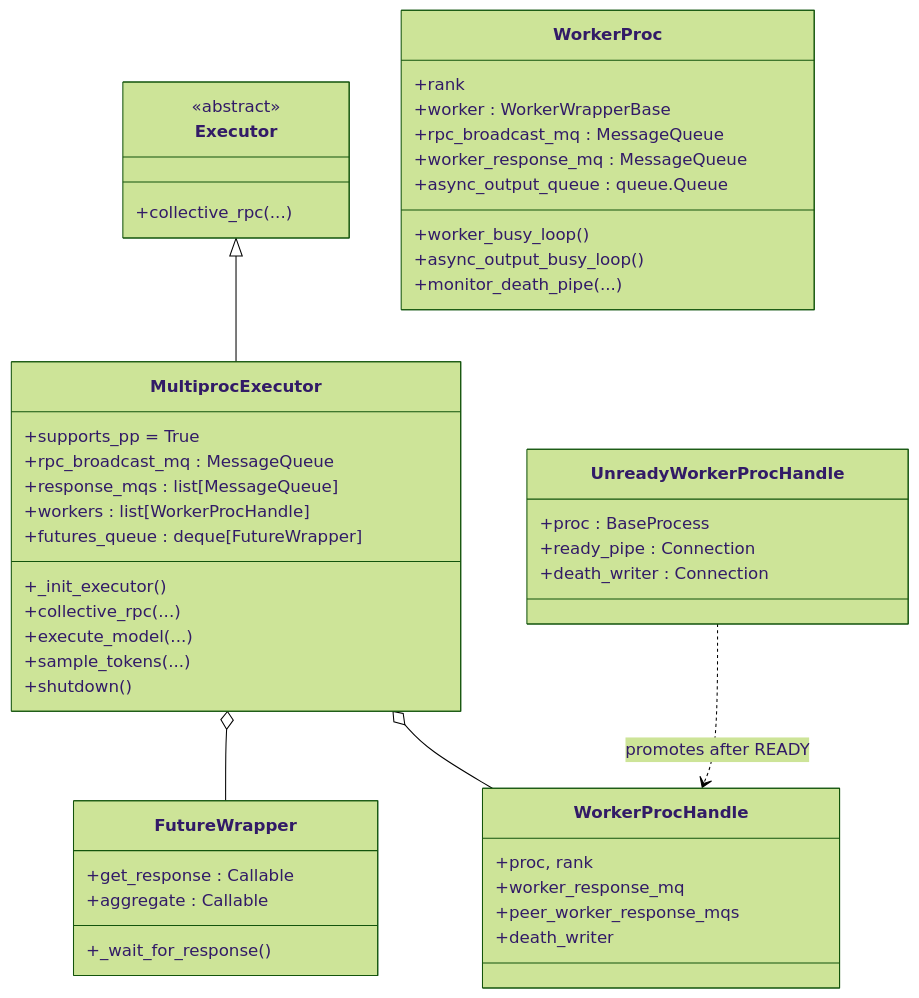
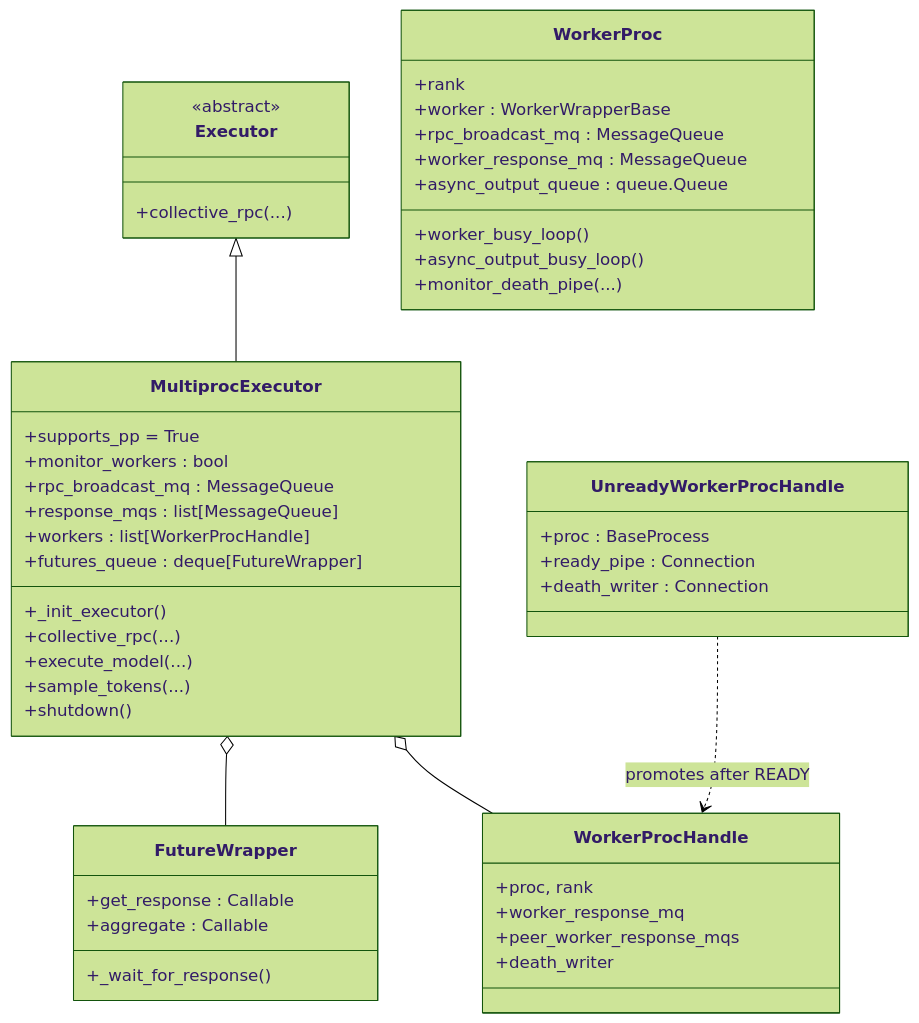
One commit to learning-sketch/wiki changed the first of 2 diagrams in vllm/entities/MultiprocExecutor.md. Above: the diagram before and after it, drawn with Mermaid (forest theme). The commit also changed other lines of this file and 1 other file, not shown here.

````diff
--- a/vllm/entities/MultiprocExecutor.md
+++ b/vllm/entities/MultiprocExecutor.md
@@ -29,49 +29,50 @@
 ```mermaid
 classDiagram
     class Executor {
         <<abstract>>
         +collective_rpc(...)
     }
     class MultiprocExecutor {
         +supports_pp = True
+        +monitor_workers : bool
         +rpc_broadcast_mq : MessageQueue
         +response_mqs : list[MessageQueue]
         +workers : list[WorkerProcHandle]
         +futures_queue : deque[FutureWrapper]
         +_init_executor()
         +collective_rpc(...)
         +execute_model(...)
         +sample_tokens(...)
         +shutdown()
     }
     class WorkerProc {
         +rank
         +worker : WorkerWrapperBase
         +rpc_broadcast_mq : MessageQueue
         +worker_response_mq : MessageQueue
         +async_output_queue : queue.Queue
         +worker_busy_loop()
         +async_output_busy_loop()
         +monitor_death_pipe(...)
     }
     class FutureWrapper {
         +get_response : Callable
         +aggregate : Callable
         +_wait_for_response()
     }
     class UnreadyWorkerProcHandle {
         +proc : BaseProcess
         +ready_pipe : Connection
         +death_writer : Connection
     }
     class WorkerProcHandle {
         +proc, rank
         +worker_response_mq
         +peer_worker_response_mqs
         +death_writer
     }
     Executor <|-- MultiprocExecutor
     MultiprocExecutor o-- WorkerProcHandle
     MultiprocExecutor o-- FutureWrapper
     UnreadyWorkerProcHandle ..> WorkerProcHandle : promotes after READY
 ```
````
